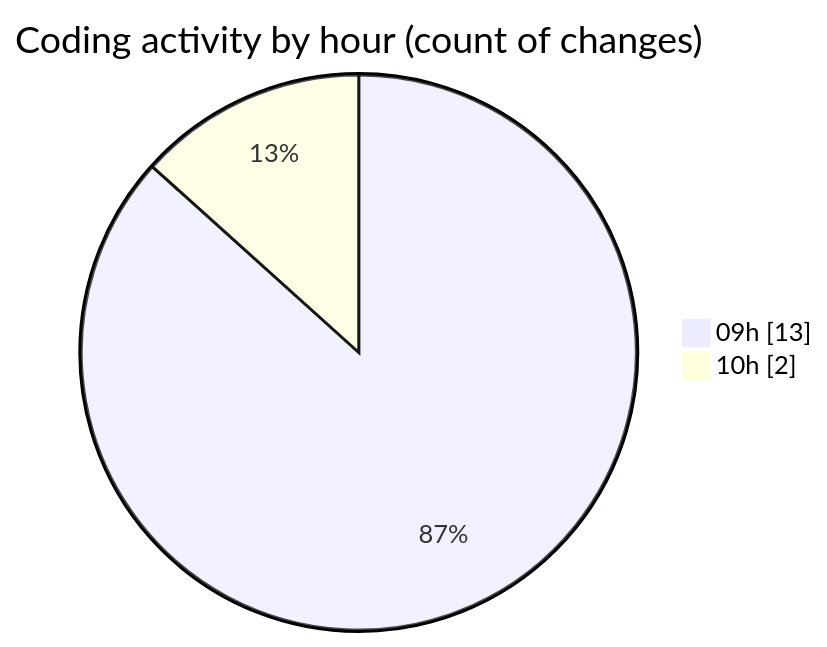
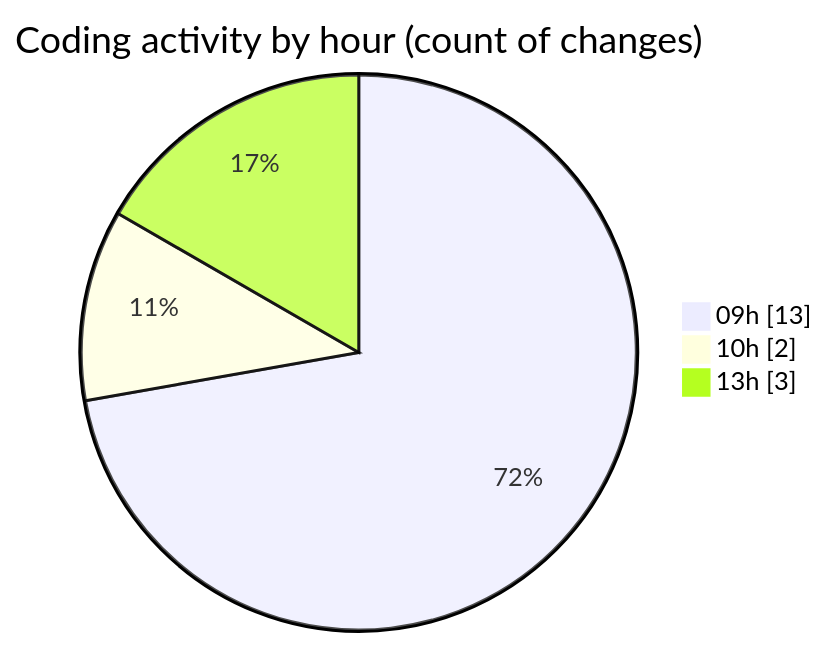
The second of 2 diagrams in 2025-08-29/cda/README.md (momahboobian/code-tracking), drawn with Mermaid before and after one commit. The commit also changed other lines of this file and 1 other file, not shown here.

````diff
--- a/2025-08-29/cda/README.md
+++ b/2025-08-29/cda/README.md
@@ -36,6 +38,7 @@
 ```mermaid
 pie showData
 title Coding activity by hour (count of changes)
 "09h" : 13
 "10h" : 2
+"13h" : 3
 ```
````
